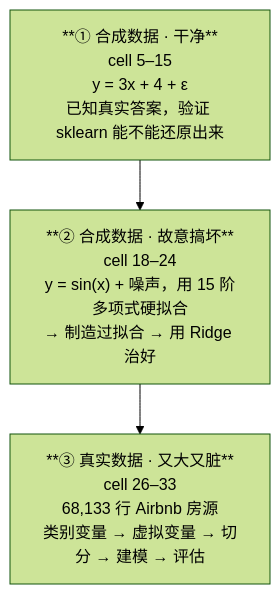
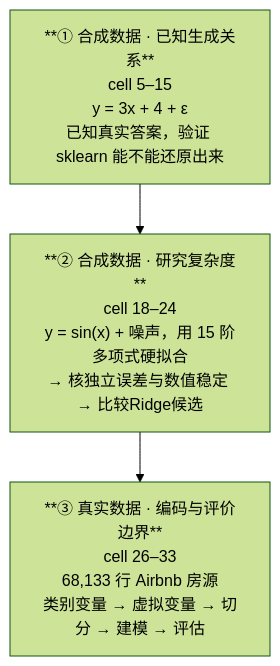
The first of 13 diagrams in IS6400_Business_Data_Analytics/notes/T02-回归实战-从合成数据到Airbnb定价.md (CercaTrovato/cityu-ai-course-notes), drawn with Mermaid (forest theme) before and after one commit. The commit also changed other lines of this file and 116 other files, not shown here.

````diff
--- a/IS6400_Business_Data_Analytics/notes/T02-回归实战-从合成数据到Airbnb定价.md
+++ b/IS6400_Business_Data_Analytics/notes/T02-回归实战-从合成数据到Airbnb定价.md
@@ -45,5 +49,5 @@
 ```mermaid
 flowchart TD
-    A["**① 合成数据 · 干净**<br/>cell 5–15<br/>y = 3x + 4 + ε<br/>已知真实答案，验证 sklearn 能不能还原出来"] --> B["**② 合成数据 · 故意搞坏**<br/>cell 18–24<br/>y = sin(x) + 噪声，用 15 阶多项式硬拟合<br/>→ 制造过拟合 → 用 Ridge 治好"]
-    B --> C["**③ 真实数据 · 又大又脏**<br/>cell 26–33<br/>68,133 行 Airbnb 房源<br/>类别变量 → 虚拟变量 → 切分 → 建模 → 评估"]
+    A["**① 合成数据 · 已知生成关系**<br/>cell 5–15<br/>y = 3x + 4 + ε<br/>已知真实答案，验证 sklearn 能不能还原出来"] --> B["**② 合成数据 · 研究复杂度**<br/>cell 18–24<br/>y = sin(x) + 噪声，用 15 阶多项式硬拟合<br/>→ 核独立误差与数值稳定 → 比较Ridge候选"]
+    B --> C["**③ 真实数据 · 编码与评价边界**<br/>cell 26–33<br/>68,133 行 Airbnb 房源<br/>类别变量 → 虚拟变量 → 切分 → 建模 → 评估"]
 ```
````
